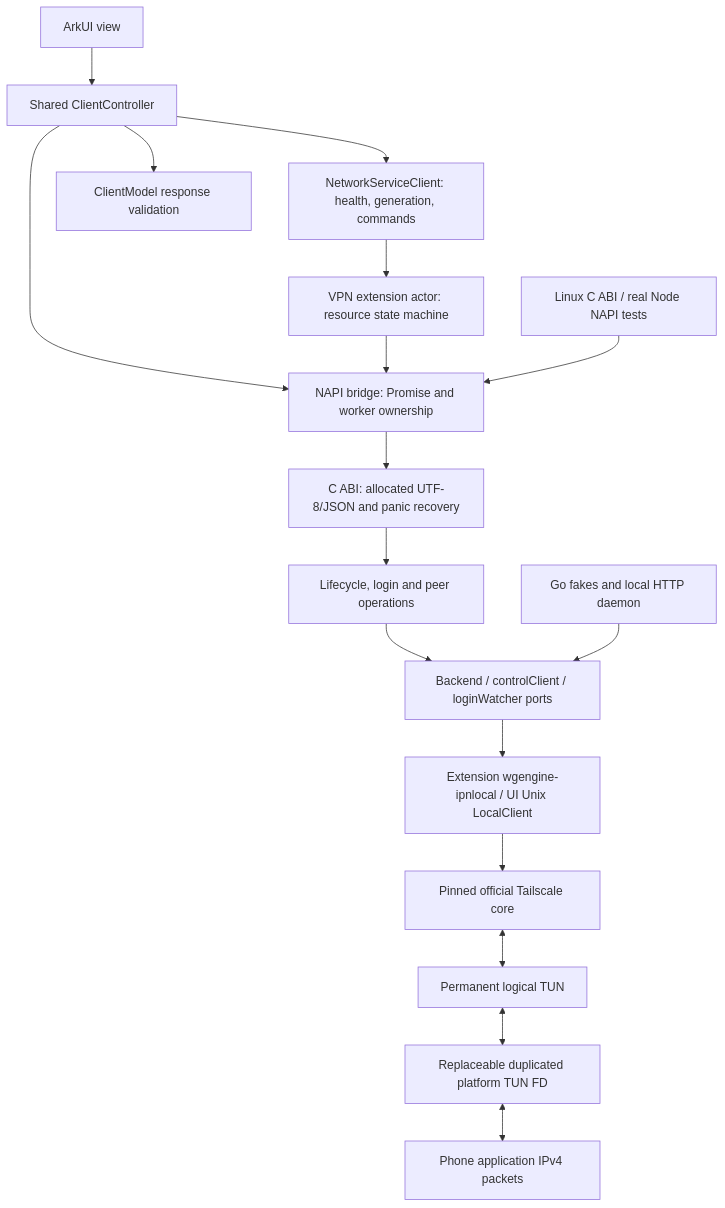
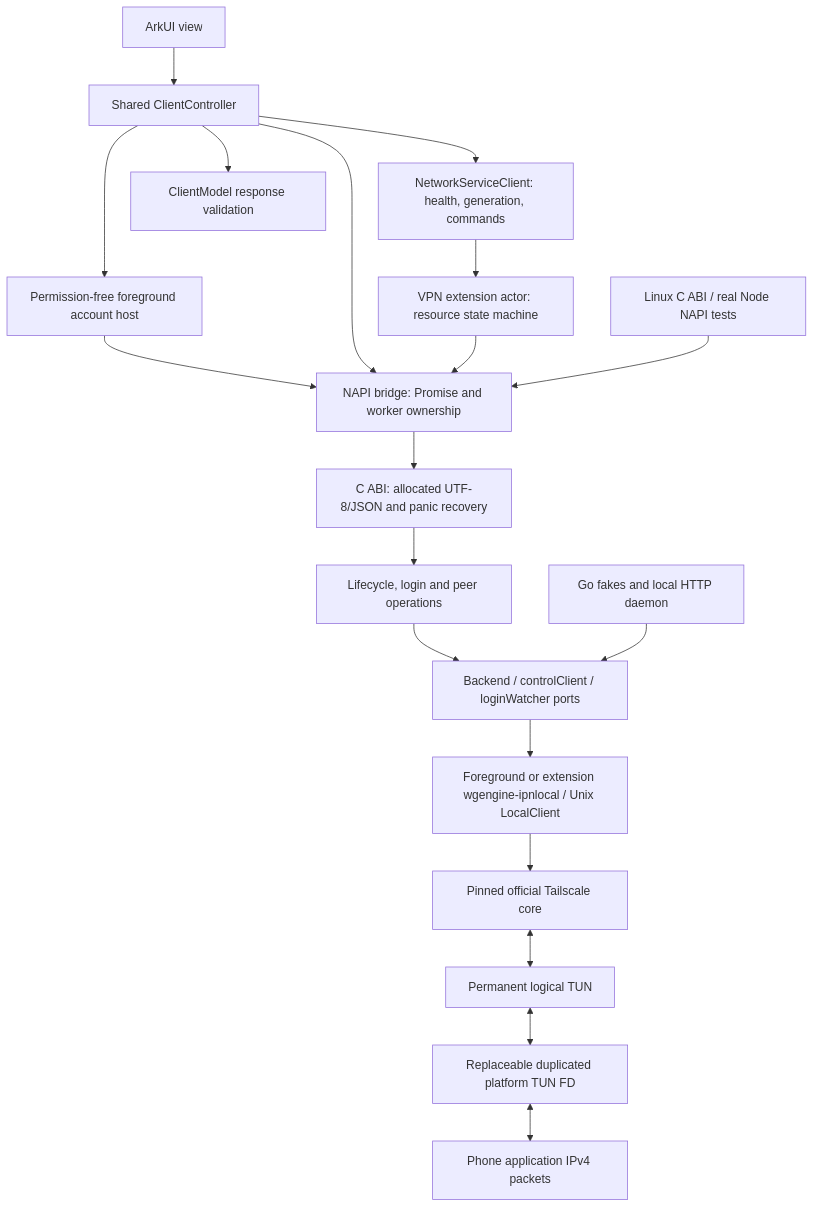
The diagram in docs/architecture.md (iltie165/harmony-tailscale), drawn with Mermaid before and after one commit. The commit also changed other lines of this file and 37 other files, not shown here.

````diff
--- a/docs/architecture.md
+++ b/docs/architecture.md
@@ -3,19 +3,21 @@
 ```mermaid
 flowchart TD
   UI[ArkUI view] --> Controller[Shared ClientController]
+  Controller --> Account[Permission-free foreground account host]
+  Account --> NAPI
   Controller --> Client[NetworkServiceClient: health, generation, commands]
   Client --> Actor[VPN extension actor: resource state machine]
   Controller --> Model[ClientModel response validation]
   Controller --> NAPI[NAPI bridge: Promise and worker ownership]
   Actor --> NAPI
   NAPI --> ABI[C ABI: allocated UTF-8/JSON and panic recovery]
   ABI --> Ops[Lifecycle, login and peer operations]
   Ops --> Ports[Backend / controlClient / loginWatcher ports]
-  Ports --> Adapter[Extension wgengine-ipnlocal / UI Unix LocalClient]
+  Ports --> Adapter[Foreground or extension wgengine-ipnlocal / Unix LocalClient]
   Adapter --> TS[Pinned official Tailscale core]
   TS <--> Switch[Permanent logical TUN]
   Switch <--> FD[Replaceable duplicated platform TUN FD]
   FD <--> OS[Phone application IPv4 packets]
   Tests[Go fakes and local HTTP daemon] --> Ports
   Host[Linux C ABI / real Node NAPI tests] --> NAPI
 ```
````
